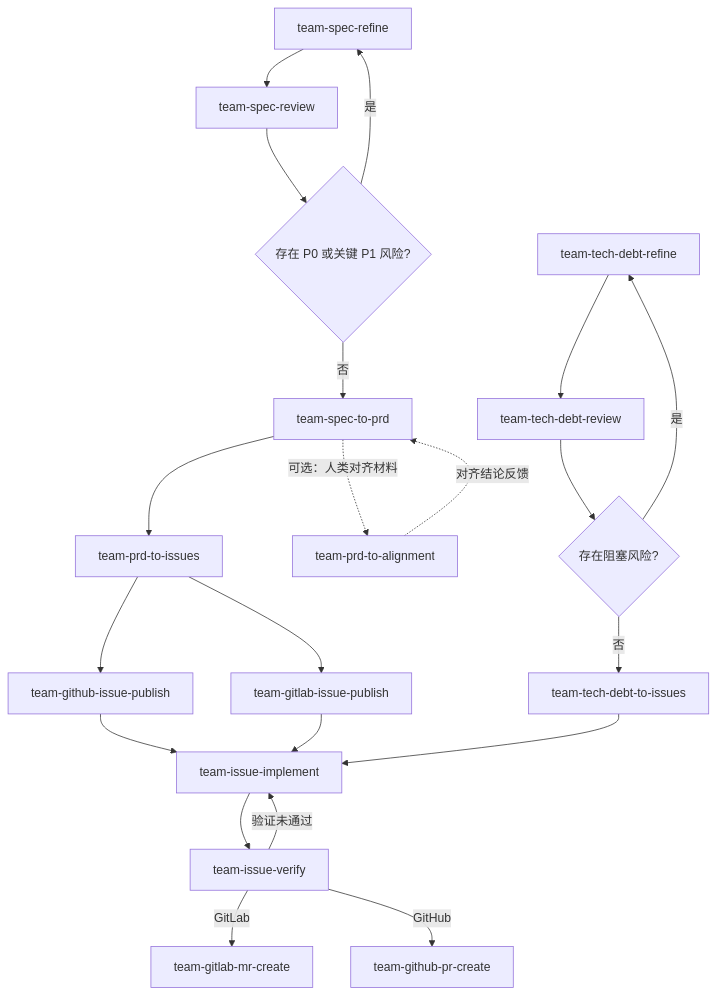
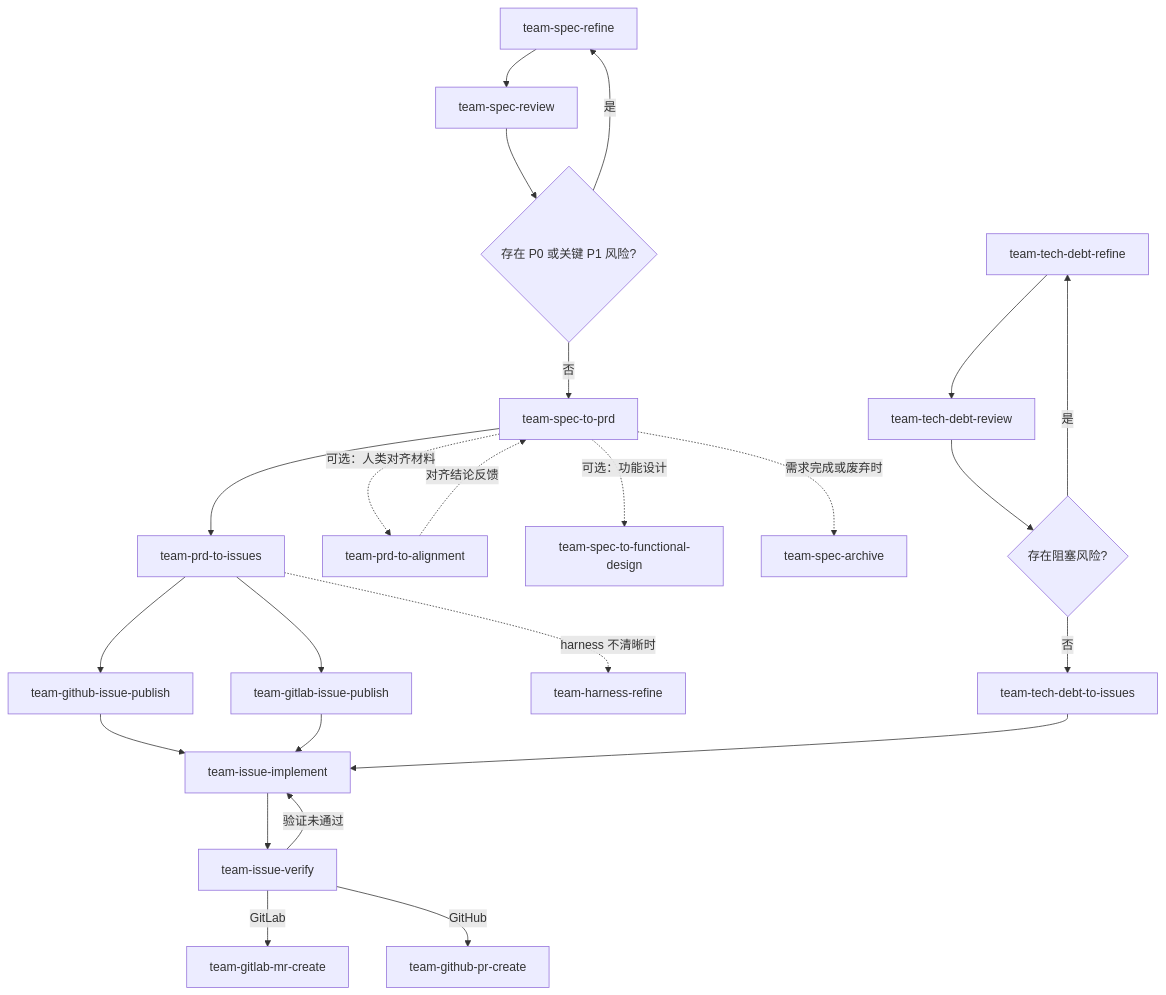
One commit to coolbeevip/team-ai-skills changed the diagram in README.md. Above: the diagram before and after it, drawn with Mermaid. The commit also changed other lines of this file and 10 other files, not shown here.

````diff
--- a/README.md
+++ b/README.md
@@ -69,24 +69,27 @@
 ```mermaid
 flowchart TD
     A[team-spec-refine] --> B[team-spec-review]
     B --> C{存在 P0 或关键 P1 风险?}
     C -- 是 --> A
     C -- 否 --> D[team-spec-to-prd]
     D --> F[team-prd-to-issues]
     D -. 可选：人类对齐材料 .-> H[team-prd-to-alignment]
     H -. 对齐结论反馈 .-> D
+    D -. 可选：功能设计 .-> R[team-spec-to-functional-design]
     F --> N[team-github-issue-publish]
     F --> O[team-gitlab-issue-publish]
+    F -. harness 不清晰时 .-> T[team-harness-refine]
     N --> G[team-issue-implement]
     O --> G
     G --> I[team-issue-verify]
     I -- 验证未通过 --> G
     I -- GitLab --> P[team-gitlab-mr-create]
     I -- GitHub --> Q[team-github-pr-create]
+    D -. 需求完成或废弃时 .-> S[team-spec-archive]
 
     J[team-tech-debt-refine] --> K[team-tech-debt-review]
     K --> L{存在阻塞风险?}
     L -- 是 --> J
     L -- 否 --> M[team-tech-debt-to-issues]
     M --> G
 ```
````
